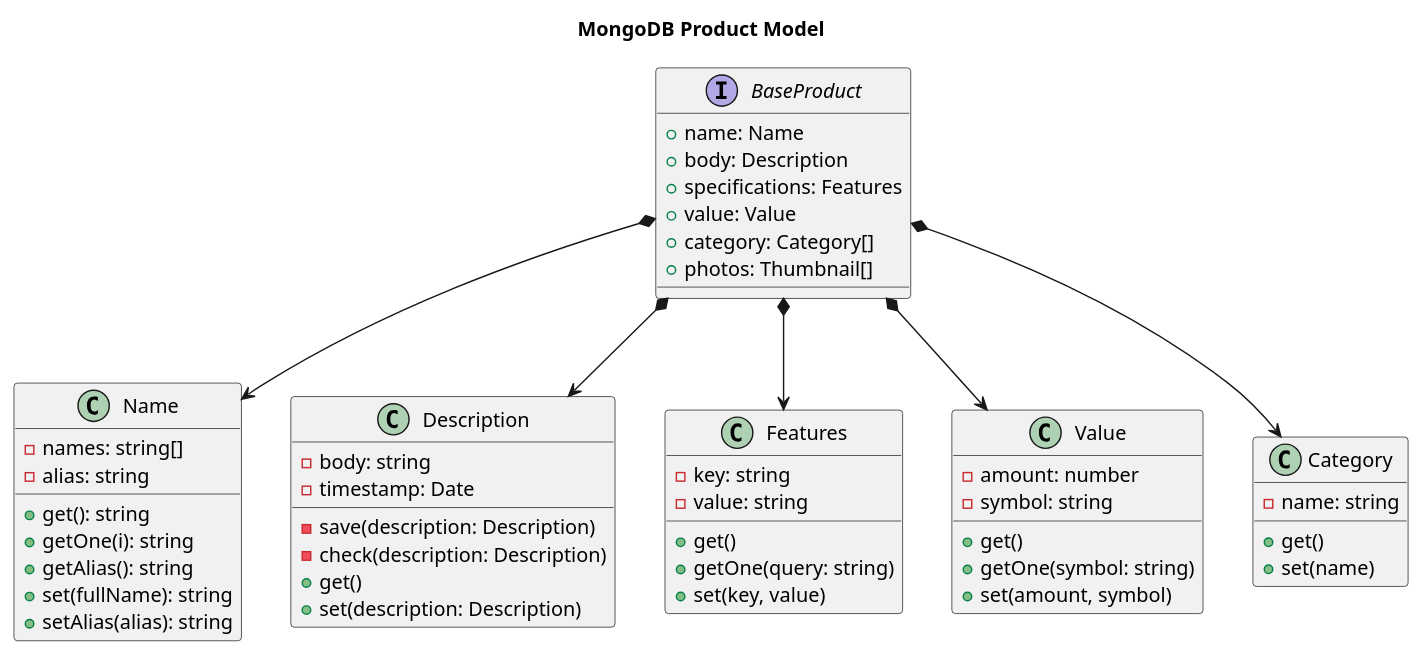
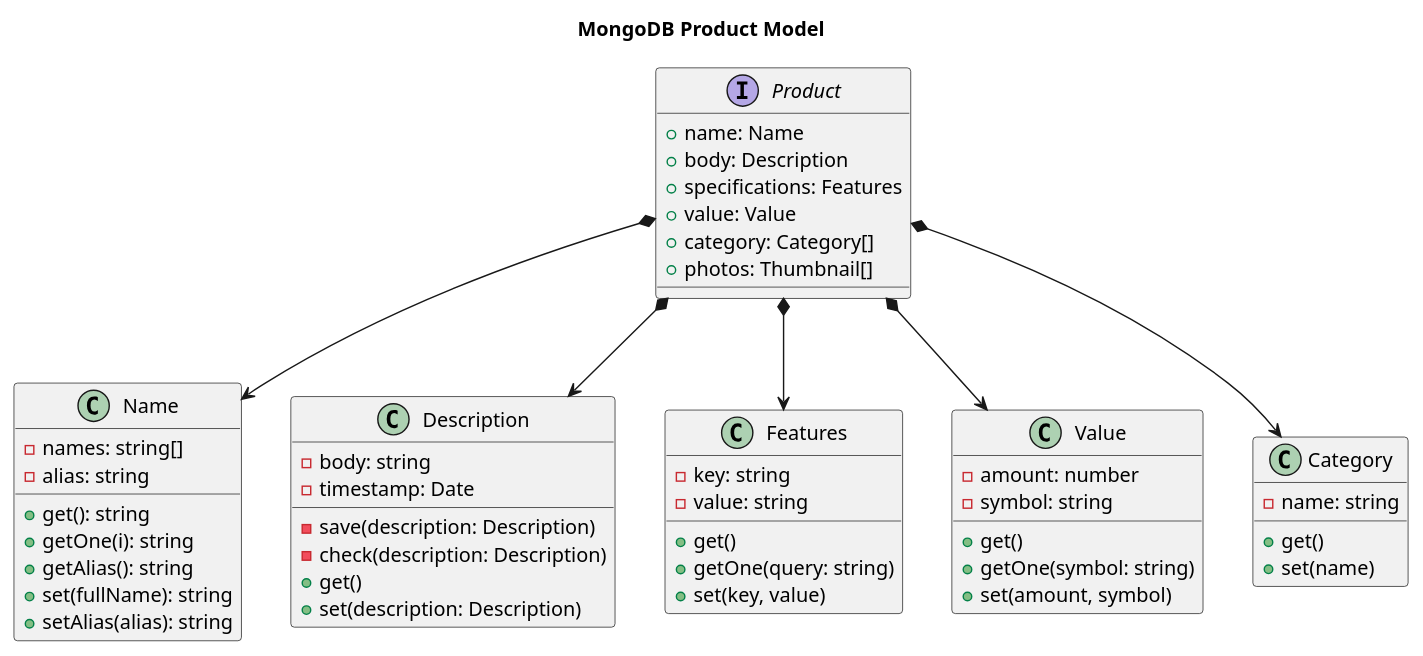
Before and after one commit to Chiqui1234ok/lions-app: the diagram in back/uml/Product.puml, drawn with PlantUML.

```diff
--- a/back/uml/Product.puml
+++ b/back/uml/Product.puml
@@ -1,64 +1,64 @@
 @startuml
 
 title MongoDB Product Model
 
-interface BaseProduct {
+interface Product {
     + name: Name
     + body: Description
     + specifications: Features
     + value: Value
     + category: Category[]
     + photos: Thumbnail[]
 }
 
 class Name {
     - names: string[]
     - alias: string
     + get(): string
     + getOne(i): string
     + getAlias(): string
     + set(fullName): string
     + setAlias(alias): string
 }
 
 class Description {
     - body: string
     - timestamp: Date
     - save(description: Description)
     - check(description: Description)
     + get()
     + set(description: Description)
 }
 
 class Features {
     - key: string
     - value: string
     + get()
     + getOne(query: string)
     + set(key, value)
 }
 
 class Value {
     - amount: number
     - symbol: string
     + get()
     + getOne(symbol: string)
     + set(amount, symbol)
 }
 
 class Category {
     - name: string
     + get()
     + set(name)
 }
 
 ' Composition
-BaseProduct *--> Name
-BaseProduct *--> Description
-BaseProduct *--> Features
-BaseProduct *--> Value
-BaseProduct *--> Category
+Product *--> Name
+Product *--> Description
+Product *--> Features
+Product *--> Value
+Product *--> Category
 
 ' Notes
 
 @enduml
```
